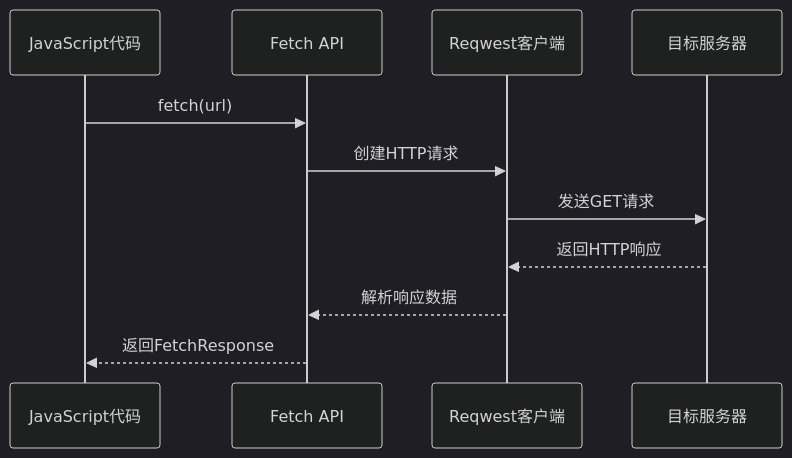
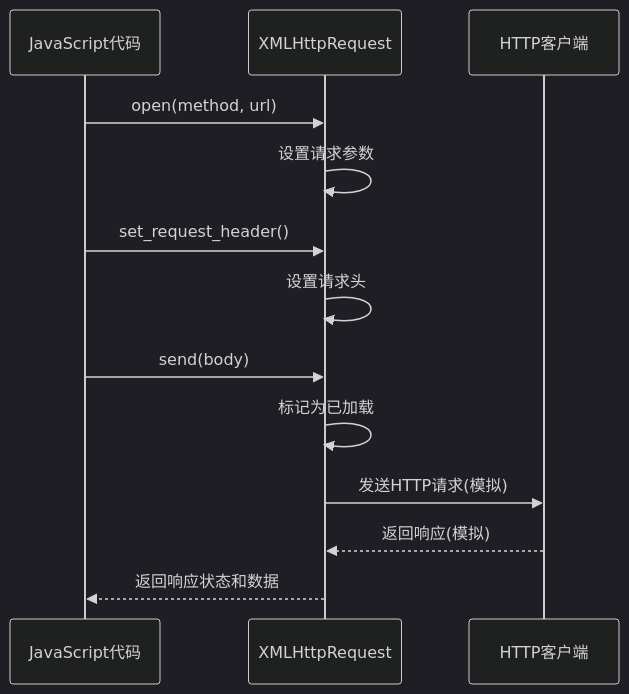
One commit to itszzl-sudo/iris changed diagram 19 of 22 in .qoder/repowiki/zh/content/技术架构详解/JS沙箱运行时/Iris-JetCrab运行时.md. Above: the diagram before and after it, drawn with Mermaid (dark theme). The commit also changed other lines of this file and 12 other files, not shown here.

````diff
--- a/.qoder/repowiki/zh/content/技术架构详解/JS沙箱运行时/Iris-JetCrab运行时.md
+++ b/.qoder/repowiki/zh/content/技术架构详解/JS沙箱运行时/Iris-JetCrab运行时.md
@@ -490,13 +784,15 @@
 ```mermaid
 sequenceDiagram
 participant JS as JavaScript代码
-participant FA as Fetch API
-participant RC as Reqwest客户端
-participant SRV as 目标服务器
-JS->>FA : fetch(url)
-FA->>RC : 创建HTTP请求
-RC->>SRV : 发送GET请求
-SRV-->>RC : 返回HTTP响应
-RC-->>FA : 解析响应数据
-FA-->>JS : 返回FetchResponse
+participant XHR as XMLHttpRequest
+participant HTTP as HTTP客户端
+JS->>XHR : open(method, url)
+XHR->>XHR : 设置请求参数
+JS->>XHR : set_request_header()
+XHR->>XHR : 设置请求头
+JS->>XHR : send(body)
+XHR->>XHR : 标记为已加载
+XHR->>HTTP : 发送HTTP请求(模拟)
+HTTP-->>XHR : 返回响应(模拟)
+XHR-->>JS : 返回响应状态和数据
 ```
````
